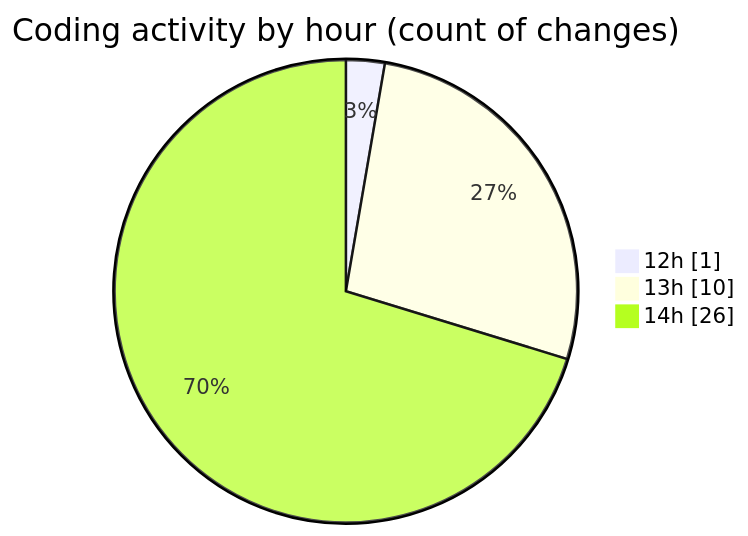
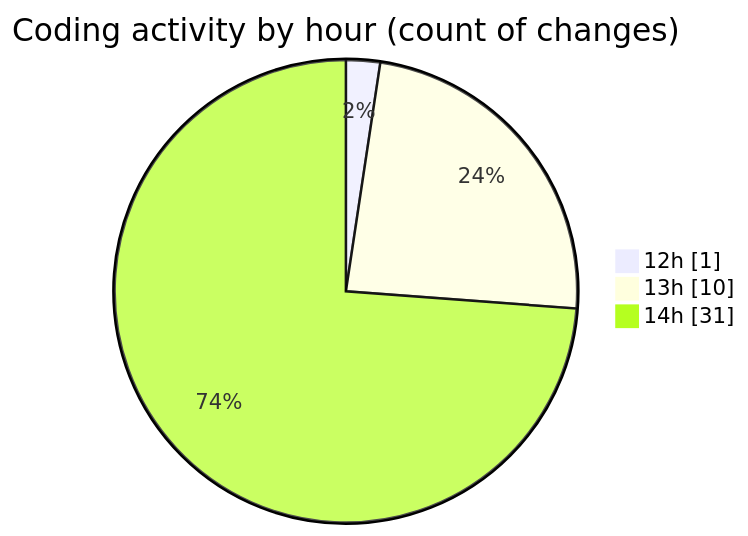
The second of 2 diagrams in 2025-04-29/uhigh-lang/README.md (charlie-sans/code-tracking), drawn with Mermaid before and after one commit. The commit also changed other lines of this file and 1 other file, not shown here.

````diff
--- a/2025-04-29/uhigh-lang/README.md
+++ b/2025-04-29/uhigh-lang/README.md
@@ -37,7 +37,7 @@
 ```mermaid
 pie showData
 title Coding activity by hour (count of changes)
 "12h" : 1
 "13h" : 10
-"14h" : 26
+"14h" : 31
 ```
````
